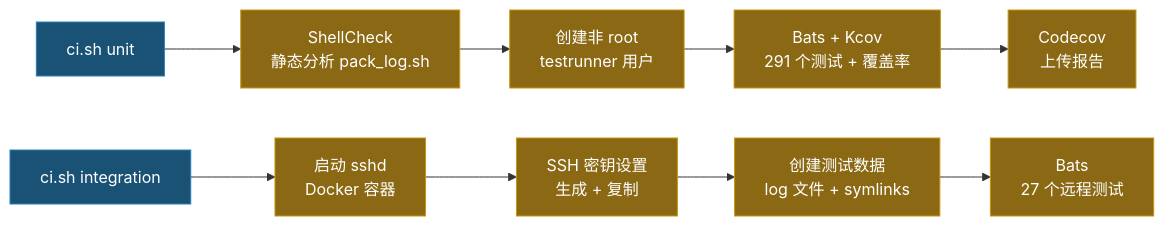
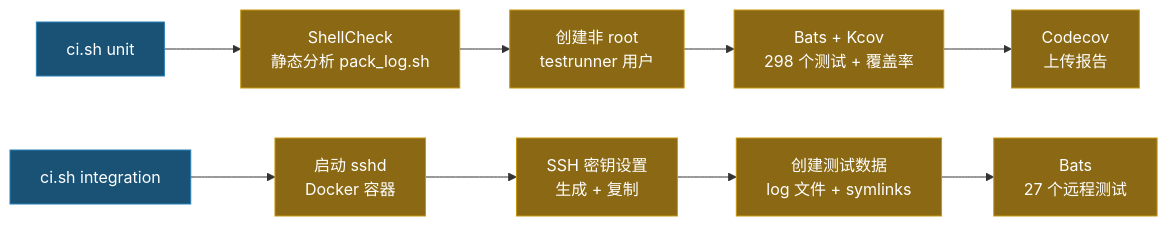
Before and after one commit to ycpss91255/pack_log: the diagram in doc/TEST.zh-CN.md, drawn with Mermaid. The commit also changed other lines of this file and 8 other files, not shown here.

````diff
--- a/doc/TEST.zh-CN.md
+++ b/doc/TEST.zh-CN.md
@@ -86,15 +86,15 @@
 ```mermaid
 graph LR
     S["ci.sh unit"]:::entry --> SC["ShellCheck\n静态分析 pack_log.sh"]:::step
     SC --> USER["创建非 root\ntestrunner 用户"]:::step
-    USER --> BT["Bats + Kcov\n291 个测试 + 覆盖率"]:::step
+    USER --> BT["Bats + Kcov\n298 个测试 + 覆盖率"]:::step
     BT --> CC["Codecov\n上传报告"]:::step
 
     S2["ci.sh integration"]:::entry --> SSHD["启动 sshd\nDocker 容器"]:::step
     SSHD --> KEY["SSH 密钥设置\n生成 + 复制"]:::step
     KEY --> DATA["创建测试数据\nlog 文件 + symlinks"]:::step
     DATA --> IT["Bats\n27 个远程测试"]:::step
 
     classDef entry fill:#1a5276,color:#fff,stroke:#2980b9
     classDef step fill:#8B6914,color:#fff,stroke:#c8960c
 ```
````
